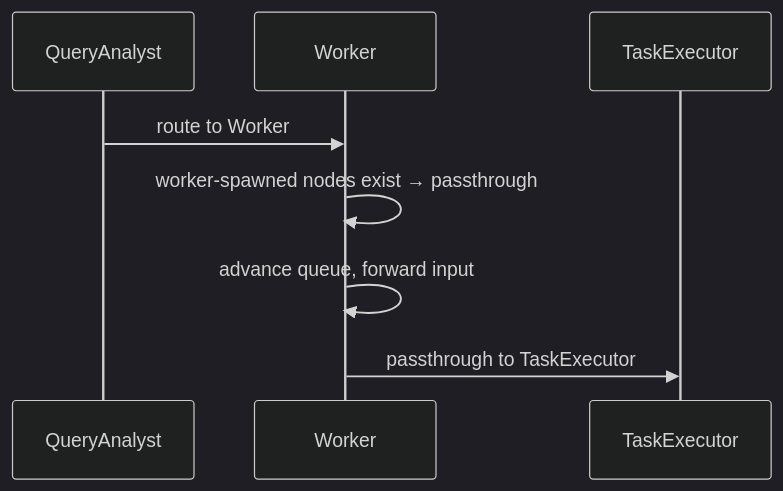
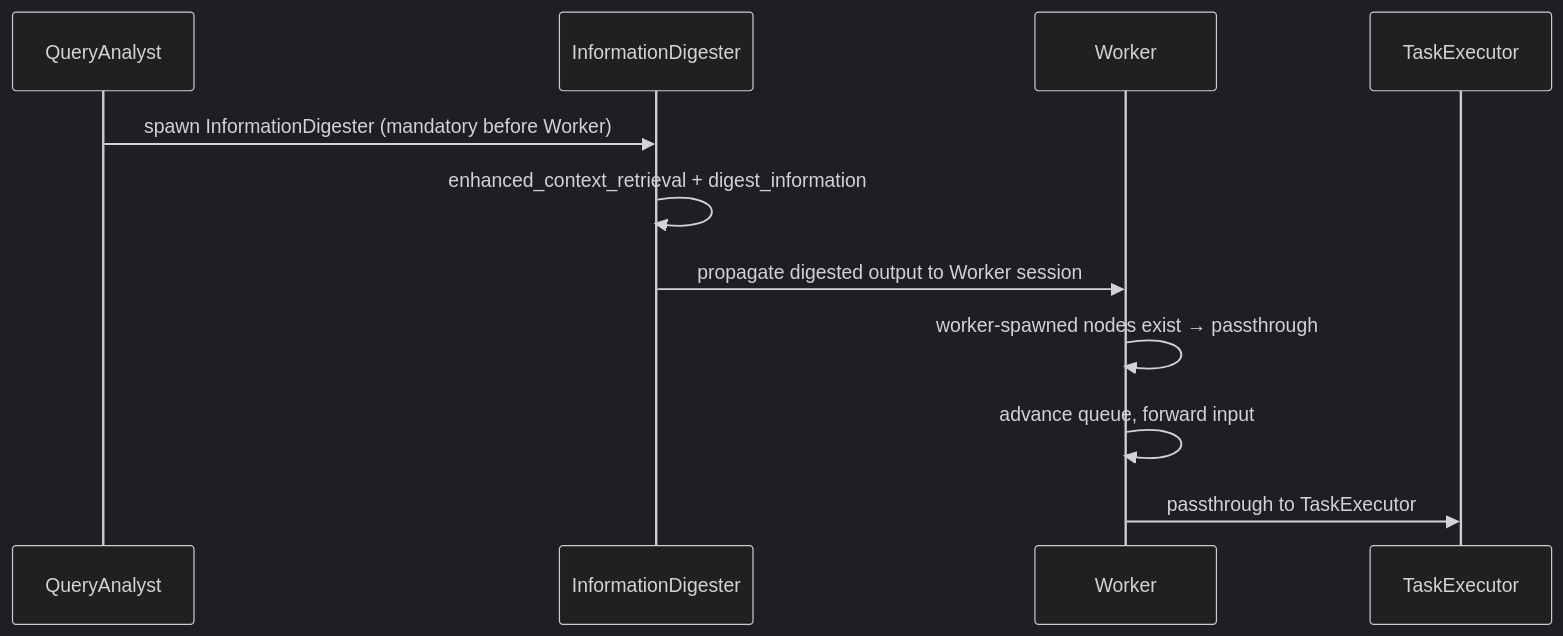
Before and after one commit to VJyzCELERY/TINYCUA: the seventh of 17 diagrams in src/tinycua/docs/design/loops/expected_scenarios.md, drawn with Mermaid (dark theme). The commit also changed other lines of this file and 6 other files, not shown here.

First line of the commit message:
fix(design): spawn InformationDigester before WorkerNode for better routing context

````diff
--- a/src/tinycua/docs/design/loops/expected_scenarios.md
+++ b/src/tinycua/docs/design/loops/expected_scenarios.md
@@ -201,11 +208,14 @@
 ```mermaid
 sequenceDiagram
     participant QA as QueryAnalyst
+    participant ID as InformationDigester
     participant W as Worker
     participant TE as TaskExecutor
 
-    QA->>W: route to Worker
+    QA->>ID: spawn InformationDigester (mandatory before Worker)
+    ID->>ID: enhanced_context_retrieval + digest_information
+    ID->>W: propagate digested output to Worker session
     W->>W: worker-spawned nodes exist → passthrough
     W->>W: advance queue, forward input
     W->>TE: passthrough to TaskExecutor
 ```
````
